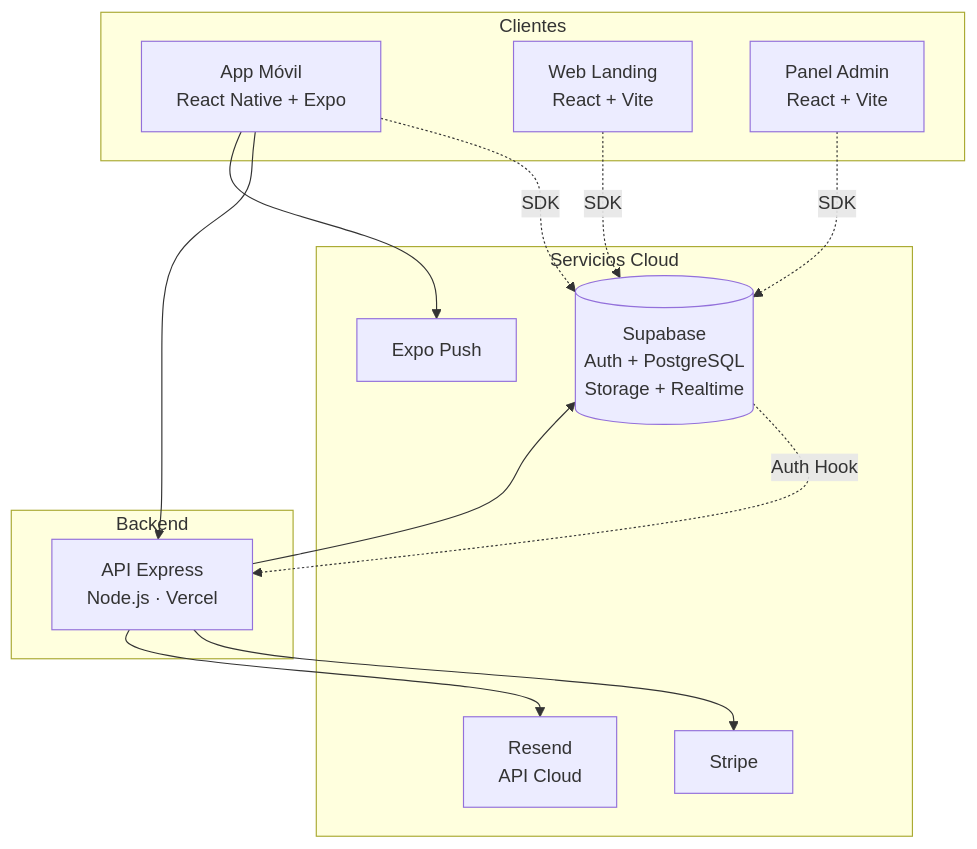
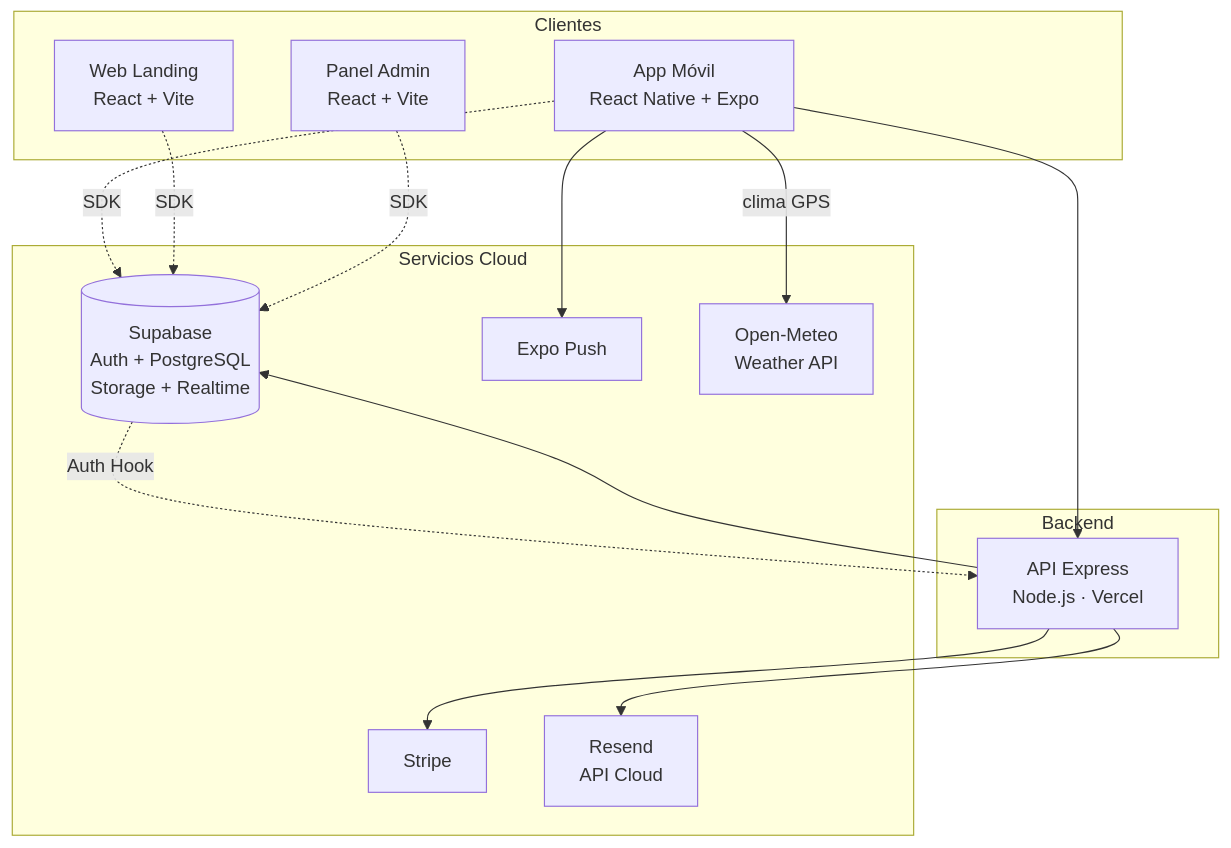
Before and after one commit to msabbar02/PawMate: the second of 16 diagrams in TECNICA.md, drawn with Mermaid. The commit also changed other lines of this file and 12 other files, not shown here.

````diff
--- a/TECNICA.md
+++ b/TECNICA.md
@@ -60,29 +60,31 @@
 ```mermaid
 flowchart TB
     subgraph Clients[" Clientes"]
         Mobile[App Móvil<br/>React Native + Expo]
         Web[Web Landing<br/>React + Vite]
         Admin[Panel Admin<br/>React + Vite]
     end
 
     subgraph Backend[" Backend"]
         Server[API Express<br/>Node.js · Vercel]
     end
 
     subgraph Cloud[" Servicios Cloud"]
         Supabase[( Supabase<br/>Auth + PostgreSQL<br/>Storage + Realtime)]
         Stripe[Stripe]
         Resend[Resend<br/>API Cloud]
         Expo[Expo Push]
+        OpenMeteo[Open-Meteo<br/>Weather API]
     end
 
     Mobile -.SDK.-> Supabase
     Web -.SDK.-> Supabase
     Admin -.SDK.-> Supabase
     Mobile --> Server
     Server --> Supabase
     Server --> Stripe
     Server --> Resend
     Mobile --> Expo
+    Mobile -->|clima GPS| OpenMeteo
     Supabase -.Auth Hook.-> Server
 ```
````
